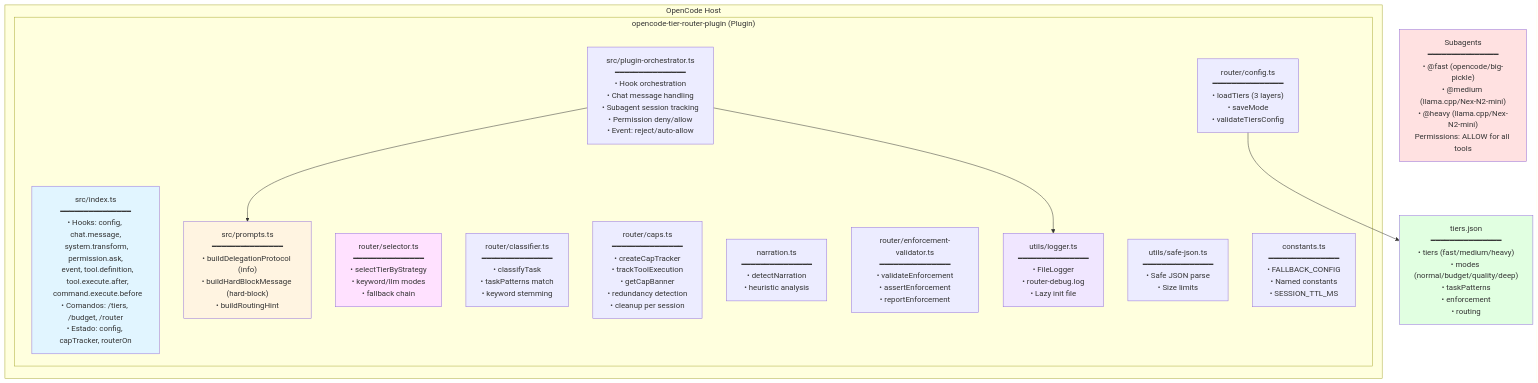
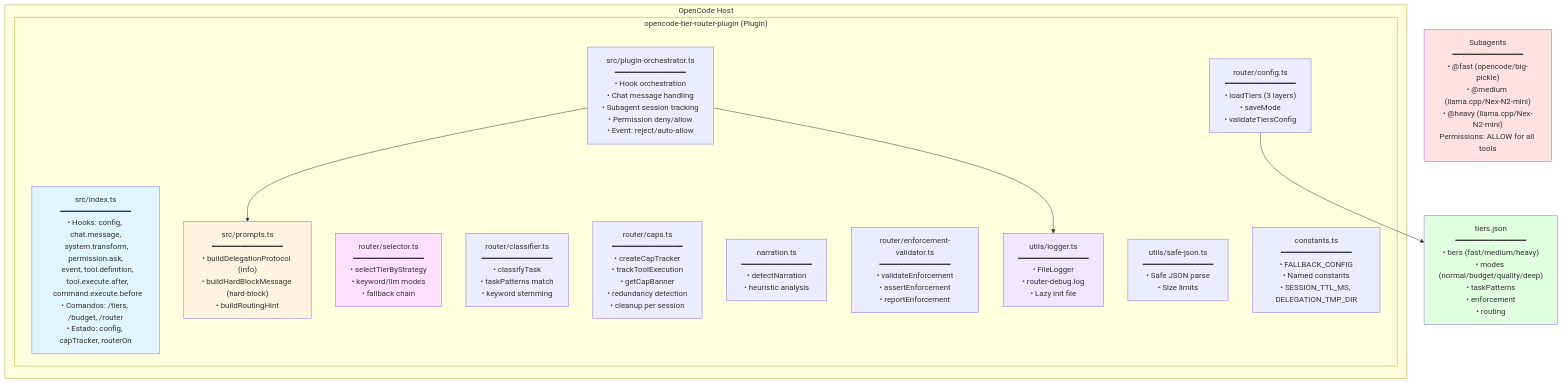
The first of 2 diagrams in docs/arquitetura.md (marcos2872/opencode-tier-router-plugin), drawn with Mermaid before and after one commit. The commit also changed other lines of this file and 2 other files, not shown here.

````diff
--- a/docs/arquitetura.md
+++ b/docs/arquitetura.md
@@ -117,44 +117,44 @@
 ```mermaid
 graph TD
     subgraph OpenCode["OpenCode Host"]
         subgraph Plugin["opencode-tier-router-plugin (Plugin)"]
             Index["src/index.ts<br/>━━━━━━━━━━━━━━━<br/>• Hooks: config, chat.message,<br/>  system.transform, permission.ask,<br/>  event, tool.definition,<br/>  tool.execute.after,<br/>  command.execute.before<br/>• Comandos: /tiers, /budget, /router<br/>• Estado: config, capTracker, routerOn"]
 
             Orchestrator["src/plugin-orchestrator.ts<br/>━━━━━━━━━━━━━━━<br/>• Hook orchestration<br/>• Chat message handling<br/>• Subagent session tracking<br/>• Permission deny/allow<br/>• Event: reject/auto-allow"]
 
             Config["router/config.ts<br/>━━━━━━━━━━━━━━━<br/>• loadTiers (3 layers)<br/>• saveMode<br/>• validateTiersConfig"]
 
             Prompts["src/prompts.ts<br/>━━━━━━━━━━━━━━━<br/>• buildDelegationProtocol (info)<br/>• buildHardBlockMessage (hard-block)<br/>• buildRoutingHint"]
 
             Selector["router/selector.ts<br/>━━━━━━━━━━━━━━━<br/>• selectTierByStrategy<br/>• keyword/llm modes<br/>• fallback chain"]
 
             Classifier["router/classifier.ts<br/>━━━━━━━━━━━━━━━<br/>• classifyTask<br/>• taskPatterns match<br/>• keyword stemming"]
 
             Caps["router/caps.ts<br/>━━━━━━━━━━━━━━━<br/>• createCapTracker<br/>• trackToolExecution<br/>• getCapBanner<br/>• redundancy detection<br/>• cleanup per session"]
 
             Narration["narration.ts<br/>━━━━━━━━━━━━━━━<br/>• detectNarration<br/>• heuristic analysis"]
 
             EnfValidator["router/enforcement-validator.ts<br/>━━━━━━━━━━━━━━━<br/>• validateEnforcement<br/>• assertEnforcement<br/>• reportEnforcement"]
 
             Logger["utils/logger.ts<br/>━━━━━━━━━━━━━━━<br/>• FileLogger<br/>• router-debug.log<br/>• Lazy init file"]
 
             Utils["utils/safe-json.ts<br/>━━━━━━━━━━━━━━━<br/>• Safe JSON parse<br/>• Size limits"]
 
-            Constants["constants.ts<br/>━━━━━━━━━━━━━━━<br/>• FALLBACK_CONFIG<br/>• Named constants<br/>• SESSION_TTL_MS"]
+            Constants["constants.ts<br/>━━━━━━━━━━━━━━━<br/>• FALLBACK_CONFIG<br/>• Named constants<br/>• SESSION_TTL_MS, DELEGATION_TMP_DIR"]
         end
     end
 
     TiersJSON["tiers.json<br/>━━━━━━━━━━━━━━━<br/>• tiers (fast/medium/heavy)<br/>• modes (normal/budget/quality/deep)<br/>• taskPatterns<br/>• enforcement<br/>• routing"]
 
     Subagents["Subagents<br/>━━━━━━━━━━━━━━━<br/>• @fast (opencode/big-pickle)<br/>• @medium (llama.cpp/Nex-N2-mini)<br/>• @heavy (llama.cpp/Nex-N2-mini)<br/>Permissions: ALLOW for all tools"]
     Config --> TiersJSON
     Orchestrator --> Prompts
     Orchestrator --> Logger
 
     style Index fill:#e1f5ff
     style Prompts fill:#fff4e1
     style Selector fill:#ffe1ff
     style TiersJSON fill:#e1ffe1
     style Subagents fill:#ffe1e1
     style Logger fill:#f0e6ff
 ```
````
